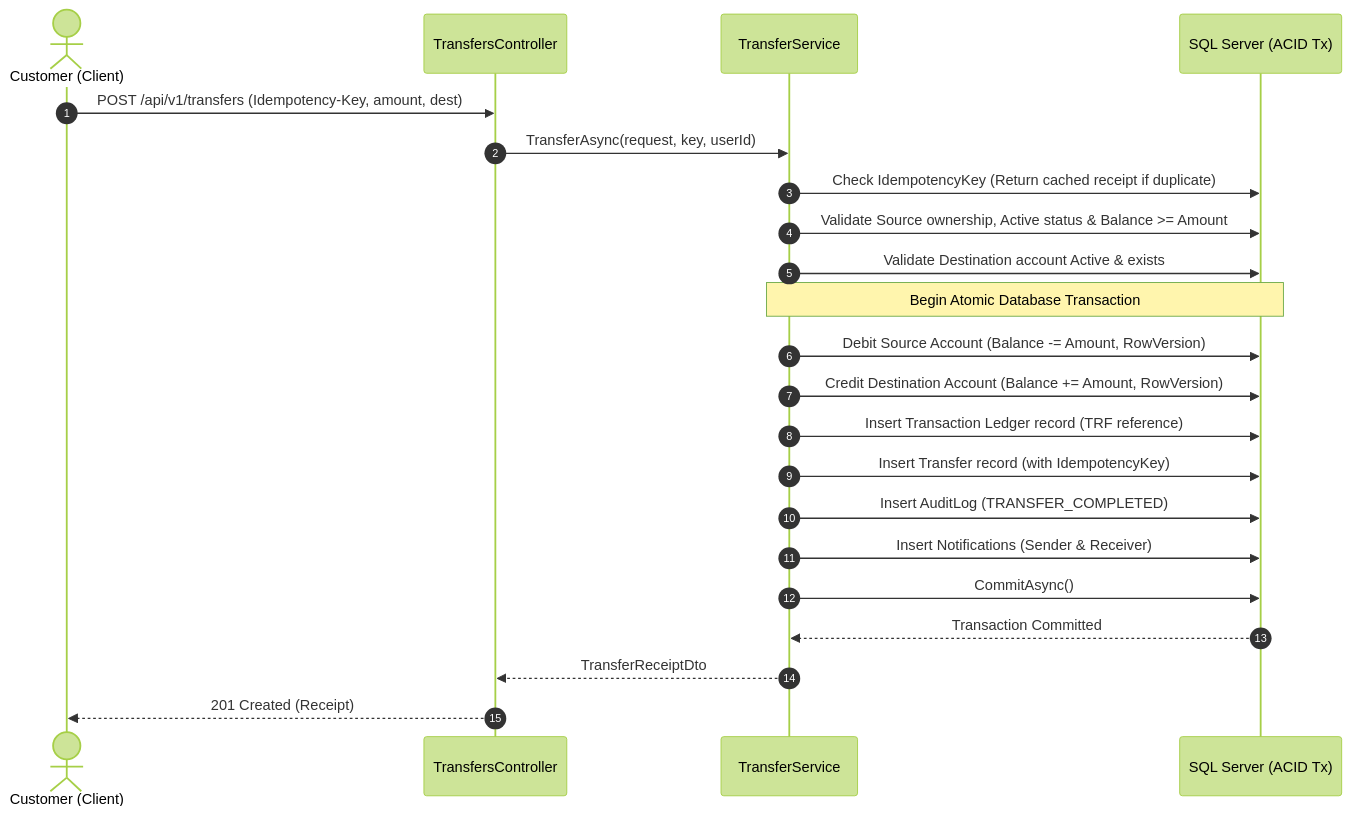
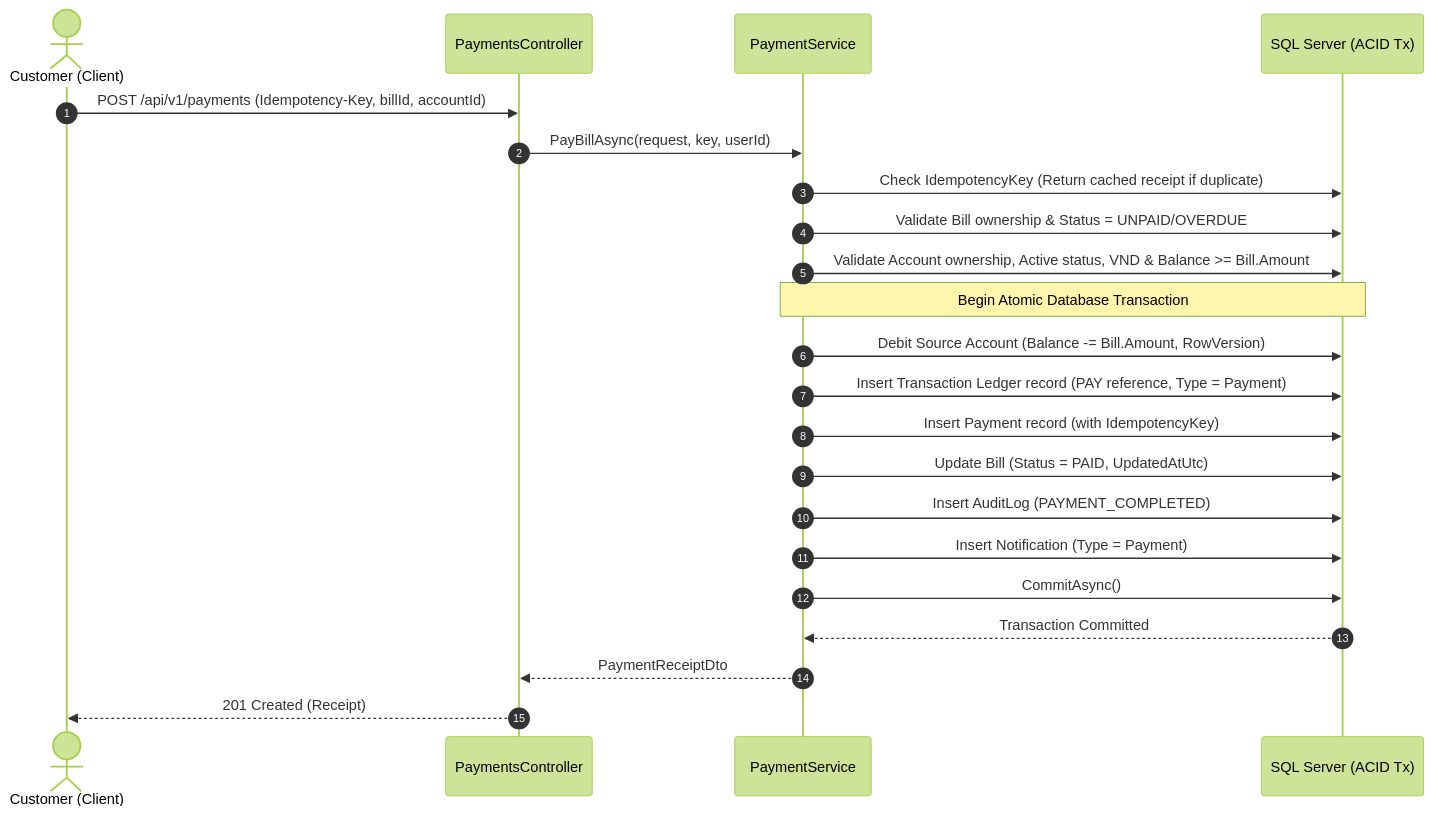
Before and after one commit to hoi936/Super__Banking: the second of 2 diagrams in README.md, drawn with Mermaid (forest theme). The commit also changed other lines of this file and 33 other files, not shown here.

First line of the commit message:
feat(M6): implement bill payment, payment history & notifications

````diff
--- a/README.md
+++ b/README.md
@@ -349,25 +364,25 @@
 ```mermaid
 sequenceDiagram
     autonumber
     actor Customer as Customer (Client)
-    participant API as TransfersController
-    participant Svc as TransferService
+    participant API as PaymentsController
+    participant Svc as PaymentService
     participant DB as SQL Server (ACID Tx)
 
-    Customer->>API: POST /api/v1/transfers (Idempotency-Key, amount, dest)
-    API->>Svc: TransferAsync(request, key, userId)
+    Customer->>API: POST /api/v1/payments (Idempotency-Key, billId, accountId)
+    API->>Svc: PayBillAsync(request, key, userId)
     Svc->>DB: Check IdempotencyKey (Return cached receipt if duplicate)
-    Svc->>DB: Validate Source ownership, Active status & Balance >= Amount
-    Svc->>DB: Validate Destination account Active & exists
+    Svc->>DB: Validate Bill ownership & Status = UNPAID/OVERDUE
+    Svc->>DB: Validate Account ownership, Active status, VND & Balance >= Bill.Amount
     Note over Svc,DB: Begin Atomic Database Transaction
-    Svc->>DB: Debit Source Account (Balance -= Amount, RowVersion)
-    Svc->>DB: Credit Destination Account (Balance += Amount, RowVersion)
-    Svc->>DB: Insert Transaction Ledger record (TRF reference)
-    Svc->>DB: Insert Transfer record (with IdempotencyKey)
-    Svc->>DB: Insert AuditLog (TRANSFER_COMPLETED)
-    Svc->>DB: Insert Notifications (Sender & Receiver)
+    Svc->>DB: Debit Source Account (Balance -= Bill.Amount, RowVersion)
+    Svc->>DB: Insert Transaction Ledger record (PAY reference, Type = Payment)
+    Svc->>DB: Insert Payment record (with IdempotencyKey)
+    Svc->>DB: Update Bill (Status = PAID, UpdatedAtUtc)
+    Svc->>DB: Insert AuditLog (PAYMENT_COMPLETED)
+    Svc->>DB: Insert Notification (Type = Payment)
     Svc->>DB: CommitAsync()
     DB-->>Svc: Transaction Committed
-    Svc-->>API: TransferReceiptDto
+    Svc-->>API: PaymentReceiptDto
     API-->>Customer: 201 Created (Receipt)
 ```
````
